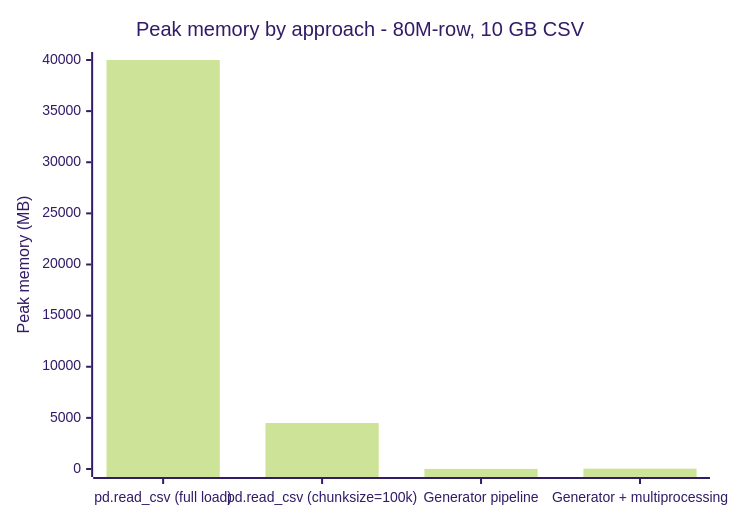
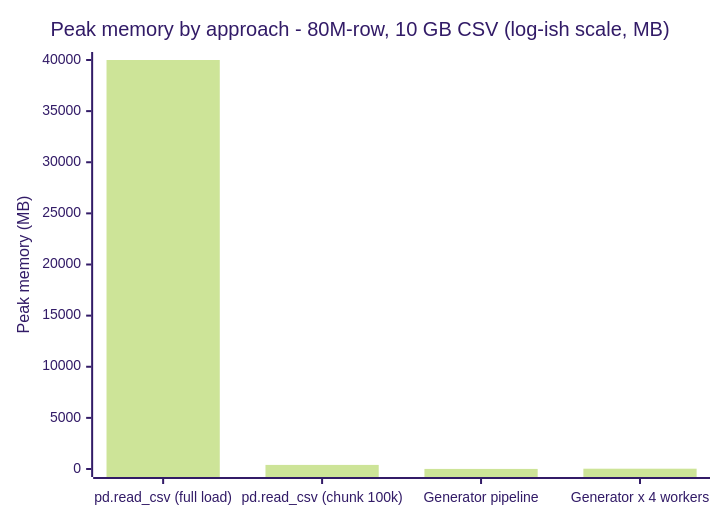
One commit to rppol/system-design changed the sixth of 6 diagrams in src/main/java/com/rutik/systemdesign/python/iterators_and_generators/README.md. Above: the diagram before and after it, drawn with Mermaid (forest theme). The commit also changed other lines of this file and 4 other files, not shown here.

````diff
--- a/src/main/java/com/rutik/systemdesign/python/iterators_and_generators/README.md
+++ b/src/main/java/com/rutik/systemdesign/python/iterators_and_generators/README.md
@@ -1287,7 +1311,7 @@
 ```mermaid
 xychart-beta
-    title "Peak memory by approach - 80M-row, 10 GB CSV"
-    x-axis ["pd.read_csv (full load)", "pd.read_csv (chunksize=100k)", "Generator pipeline", "Generator + multiprocessing"]
+    title "Peak memory by approach - 80M-row, 10 GB CSV (log-ish scale, MB)"
+    x-axis ["pd.read_csv (full load)", "pd.read_csv (chunk 100k)", "Generator pipeline", "Generator x 4 workers"]
     y-axis "Peak memory (MB)" 0 --> 40000
-    bar [40000, 4500, 9, 35]
+    bar [40000, 400, 7.5, 30]
 ```
````
